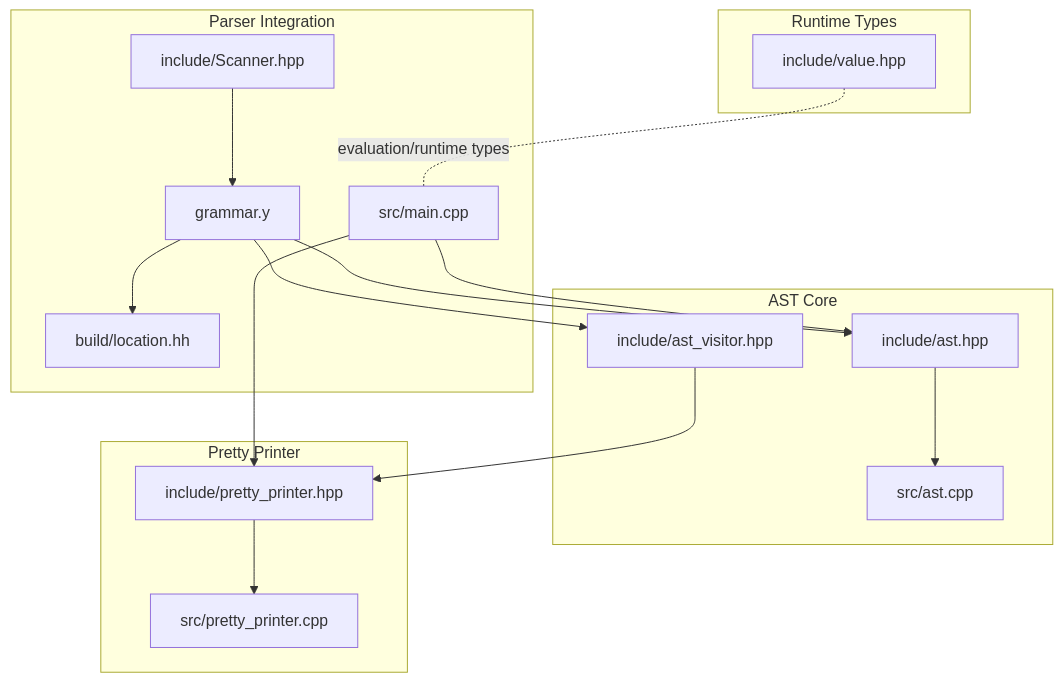
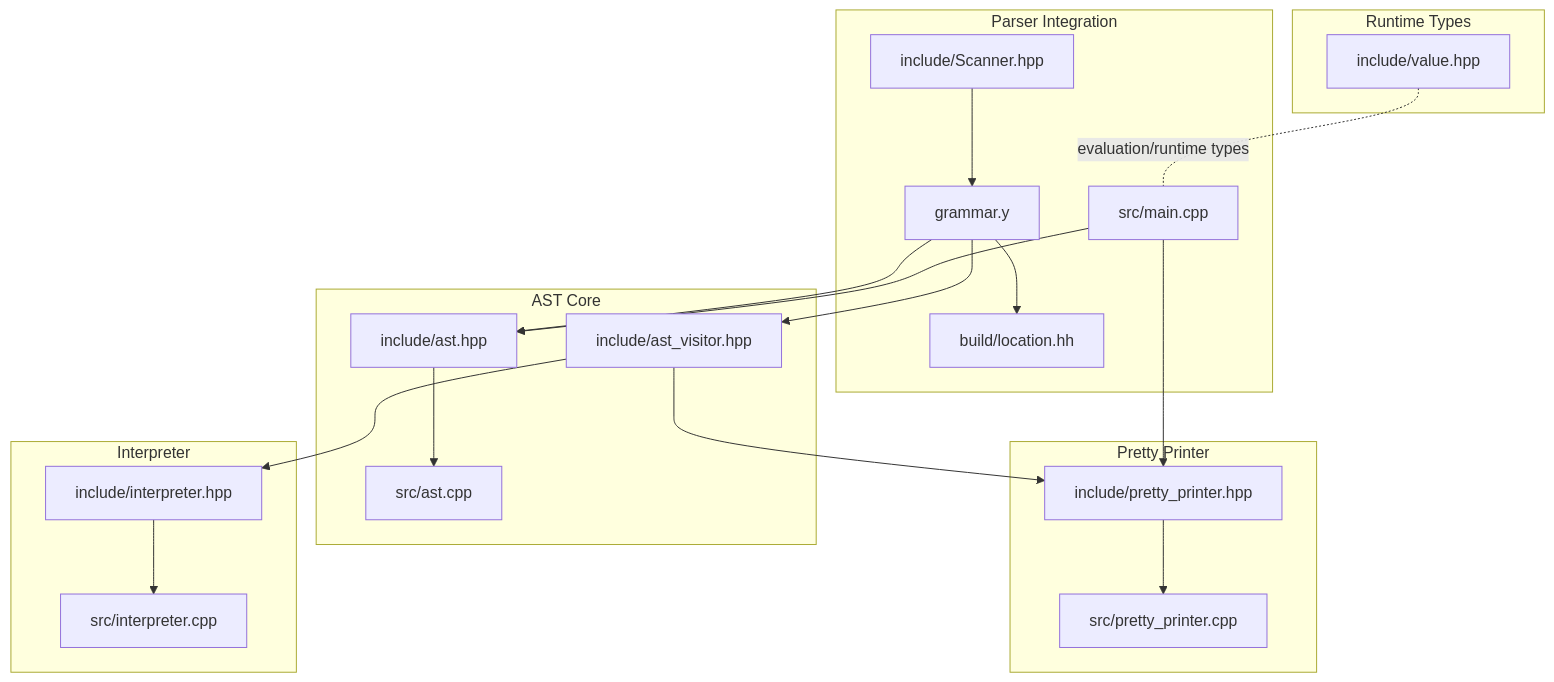
Before and after one commit to littlebirds/modern_bision: the first of 4 diagrams in .qoder/repowiki/en/content/AST Framework/AST Framework.md, drawn with Mermaid. The commit also changed other lines of this file and 6 other files, not shown here.

````diff
--- a/.qoder/repowiki/en/content/AST Framework/AST Framework.md
+++ b/.qoder/repowiki/en/content/AST Framework/AST Framework.md
@@ -51,31 +54,37 @@
 ```mermaid
 graph TB
 subgraph "AST Core"
 A["include/ast.hpp"]
 V["include/ast_visitor.hpp"]
 ACPP["src/ast.cpp"]
 end
 subgraph "Pretty Printer"
 PP_H["include/pretty_printer.hpp"]
 PP_CPP["src/pretty_printer.cpp"]
+end
+subgraph "Interpreter"
+I_H["include/interpreter.hpp"]
+I_CPP["src/interpreter.cpp"]
 end
 subgraph "Parser Integration"
 G["grammar.y"]
 L["build/location.hh"]
 S["include/Scanner.hpp"]
 M["src/main.cpp"]
 end
 subgraph "Runtime Types"
 VAL["include/value.hpp"]
 end
 A --> ACPP
 V --> PP_H
+V --> I_H
 PP_H --> PP_CPP
+I_H --> I_CPP
 G --> A
 G --> V
 G --> L
 M --> A
 M --> PP_H
 S --> G
 VAL -. "evaluation/runtime types" .- M
 ```
````
